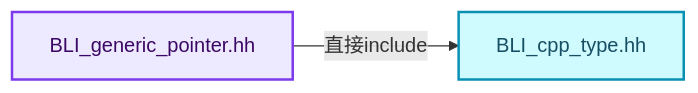
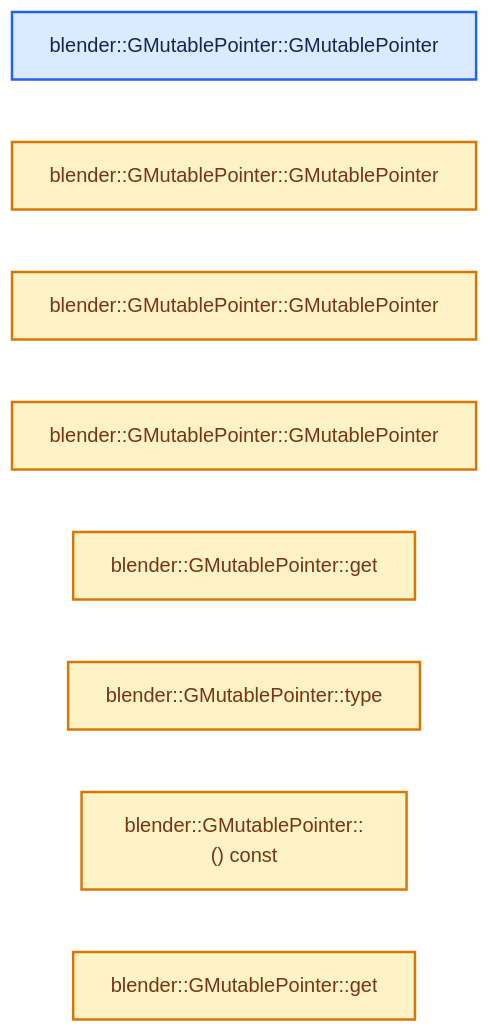
One commit to yunkezengren/blender-.vscode changed the second of 4 diagrams in 杂/markdown/全面学习-codex/03-内存分配与运行时类型/12-异构值存储实战.md. Above: the diagram before and after it, drawn with Mermaid. The commit also changed other lines of this file and 1930 other files, not shown here.

````diff
--- a/杂/markdown/全面学习-codex/03-内存分配与运行时类型/12-异构值存储实战.md
+++ b/杂/markdown/全面学习-codex/03-内存分配与运行时类型/12-异构值存储实战.md
@@ -83,12 +46,17 @@
 ```mermaid
 flowchart LR
-  S["BLI_generic_pointer.hh"]:::abstraction
-  I0["BLI_cpp_type.hh"]:::data
-  S -->|"直接include"| I0
+  F0["blender::GMutablePointer::GMutablePointer"]:::input
+  F1["blender::GMutablePointer::GMutablePointer"]:::compute
+  F2["blender::GMutablePointer::GMutablePointer"]:::compute
+  F3["blender::GMutablePointer::GMutablePointer"]:::compute
+  F4["blender::GMutablePointer::get"]:::compute
+  F5["blender::GMutablePointer::type"]:::compute
+  F6["blender::GMutablePointer::() const"]:::compute
+  F7["blender::GMutablePointer::get"]:::compute
   classDef input fill:#DBEAFE,stroke:#2563EB,color:#172554,stroke-width:2px;
   classDef data fill:#CFFAFE,stroke:#0891B2,color:#164E63,stroke-width:2px;
   classDef abstraction fill:#EDE9FE,stroke:#7C3AED,color:#3B0764,stroke-width:2px;
   classDef compute fill:#FEF3C7,stroke:#D97706,color:#78350F,stroke-width:2px;
   classDef result fill:#DCFCE7,stroke:#16A34A,color:#14532D,stroke-width:2px;
   classDef error fill:#FEE2E2,stroke:#DC2626,color:#7F1D1D,stroke-width:2px;
 ```
````
